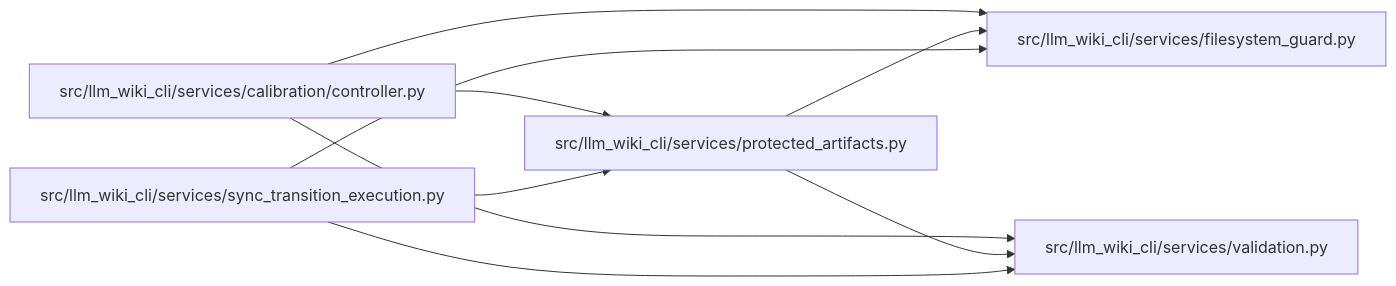
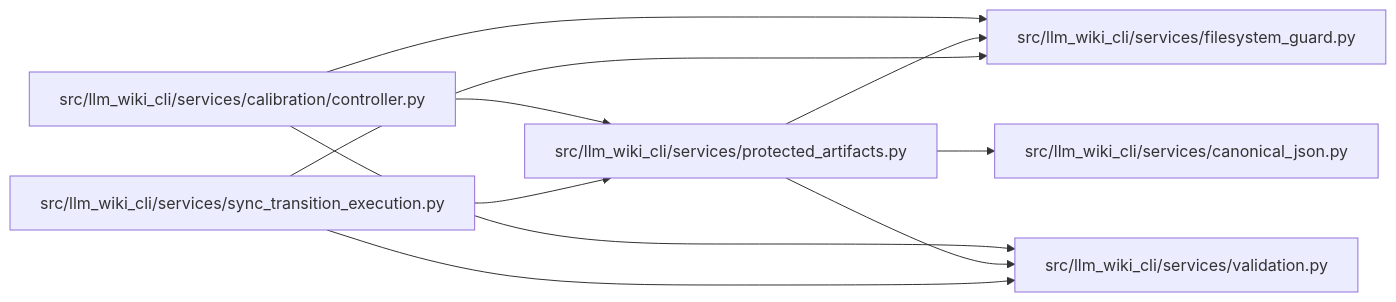
The diagram in docs/llm_wiki/modules/protected_artifacts.md (Denissvgn/python-wiki-llm), drawn with Mermaid before and after one commit. The commit also changed other lines of this file and 1555 other files, not shown here.

````diff
--- a/docs/llm_wiki/modules/protected_artifacts.md
+++ b/docs/llm_wiki/modules/protected_artifacts.md
@@ -45,21 +46,24 @@
 ```mermaid
 flowchart LR
     n0["src/llm_wiki_cli/services/calibration/controller.py"]
-    n1["src/llm_wiki_cli/services/filesystem_guard.py"]
-    n2["src/llm_wiki_cli/services/protected_artifacts.py"]
-    n3["src/llm_wiki_cli/services/sync_transition_execution.py"]
-    n4["src/llm_wiki_cli/services/validation.py"]
-    n0 --> n1
+    n1["src/llm_wiki_cli/services/canonical_json.py"]
+    n2["src/llm_wiki_cli/services/filesystem_guard.py"]
+    n3["src/llm_wiki_cli/services/protected_artifacts.py"]
+    n4["src/llm_wiki_cli/services/sync_transition_execution.py"]
+    n5["src/llm_wiki_cli/services/validation.py"]
     n0 --> n2
-    n0 --> n4
-    n2 --> n1
-    n2 --> n4
+    n0 --> n3
+    n0 --> n5
     n3 --> n1
     n3 --> n2
-    n3 --> n4
+    n3 --> n5
+    n4 --> n2
+    n4 --> n3
+    n4 --> n5
     click n0 "../modules/controller.md"
-    click n1 "../modules/filesystem_guard.md"
-    click n2 "../modules/protected_artifacts.md"
-    click n3 "../modules/sync_transition_execution.md"
-    click n4 "../modules/validation.md"
+    click n1 "../modules/canonical_json.md"
+    click n2 "../modules/filesystem_guard.md"
+    click n3 "../modules/protected_artifacts.md"
+    click n4 "../modules/sync_transition_execution.md"
+    click n5 "../modules/validation.md"
 ```
````
